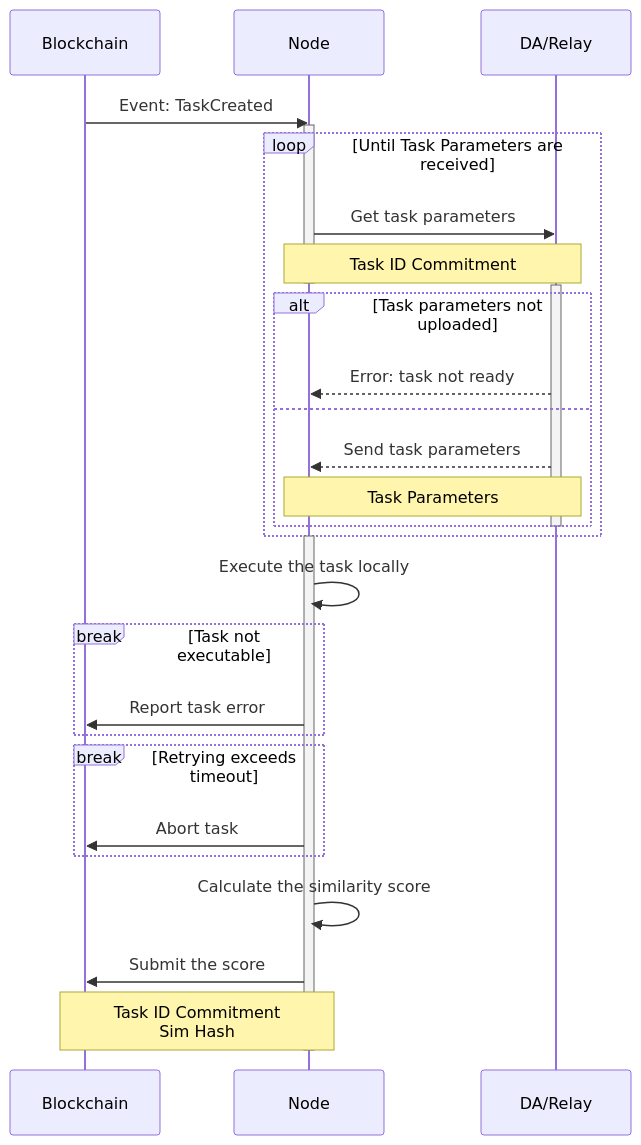
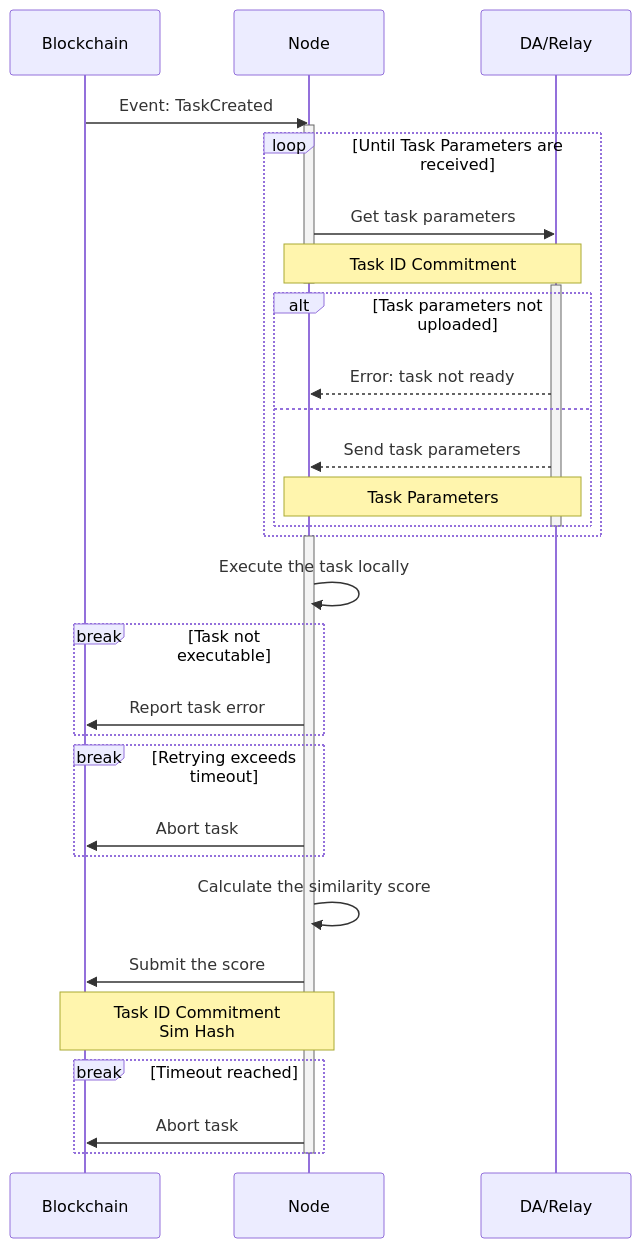
Before and after one commit to crynux-ai/documentation: the second of 2 diagrams in gitbook/system-design/task-lifecycle.md, drawn with Mermaid. The commit also changed other lines of this file, not shown here.

````diff
--- a/gitbook/system-design/task-lifecycle.md
+++ b/gitbook/system-design/task-lifecycle.md
@@ -80,39 +80,43 @@
 ```mermaid
 sequenceDiagram
     Participant B as Blockchain
     Participant N as Node
     Participant R as DA/Relay
 
     B ->> N: Event: TaskCreated
     activate N
     loop Until Task Parameters are received
         N ->> R: Get task parameters
         Note over N,R: Task ID Commitment
         deactivate N
         activate R
         alt Task parameters not uploaded
             R -->> N: Error: task not ready
         else
             R -->> N: Send task parameters
             Note over N,R: Task Parameters
         end
         deactivate R
     end
     activate N
     N ->> N: Execute the task locally
     
     break Task not executable
         N ->> B: Report task error
     end
 
     break Retrying exceeds timeout
         N ->> B: Abort task
     end
     
     N ->> N: Calculate the similarity score
     N ->> B: Submit the score
     Note over N,B: Task ID Commitment<br/>Sim Hash
 
+    break Timeout reached
+        N ->> B: Abort task
+    end
+
     deactivate N
 
 ```
````
